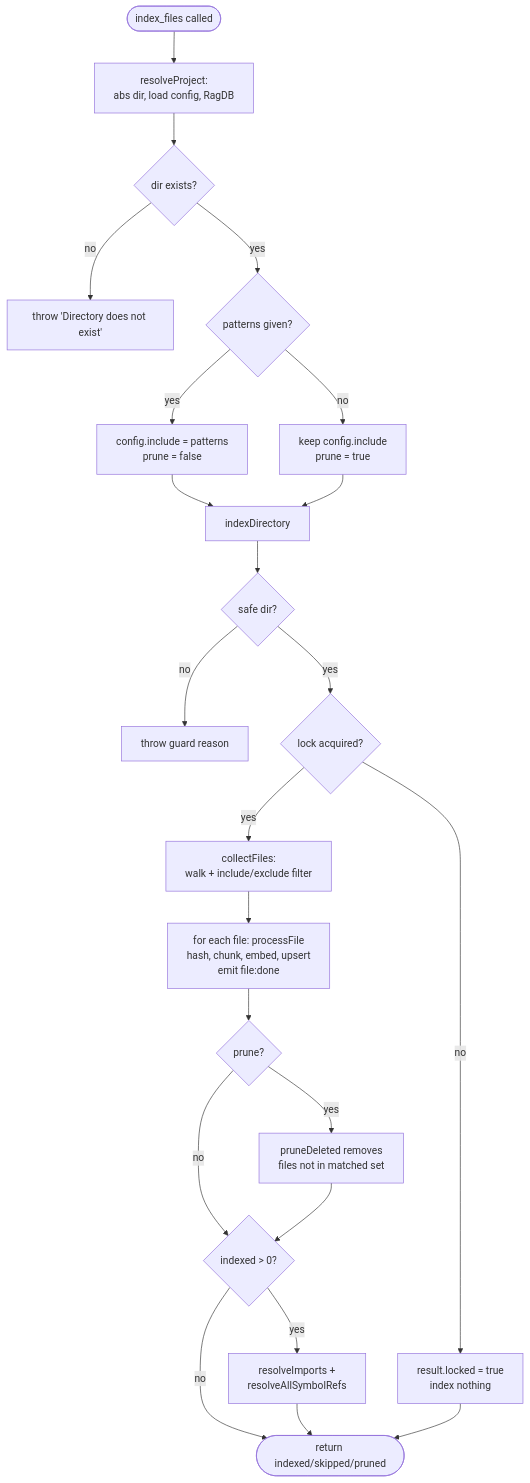
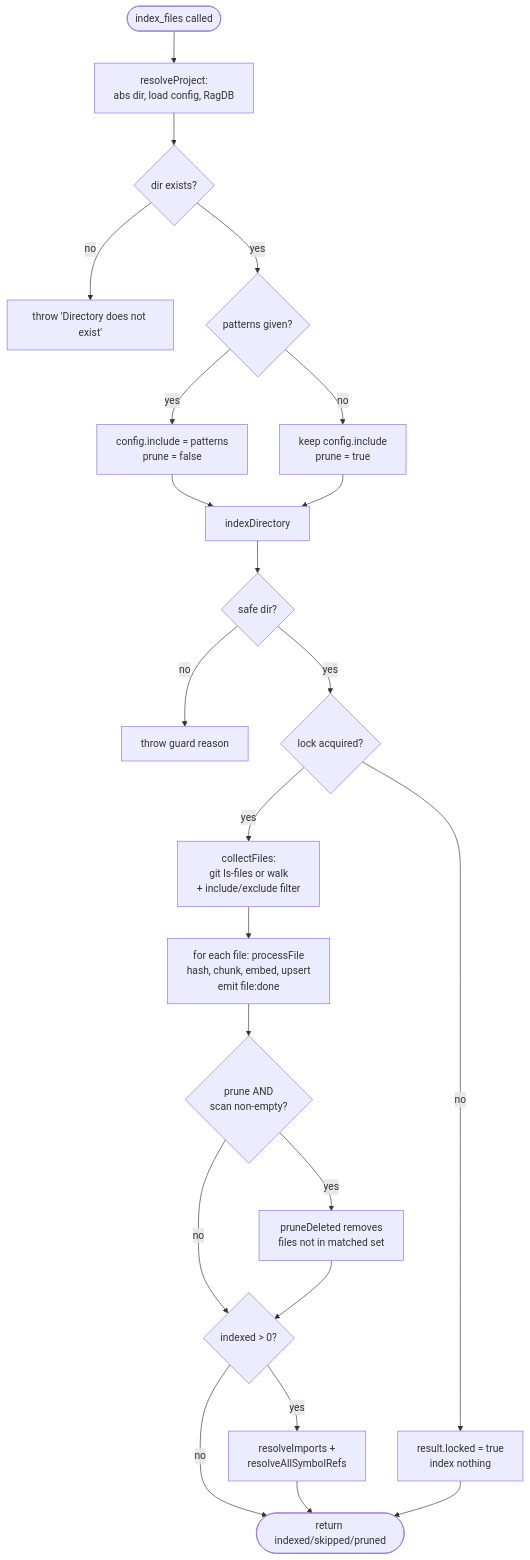
The diagram in wiki/tools/index-files.md (TheWinci/mimirs), drawn with Mermaid before and after one commit. The commit also changed other lines of this file and 51 other files, not shown here.

````diff
--- a/wiki/tools/index-files.md
+++ b/wiki/tools/index-files.md
@@ -14,25 +14,25 @@
 ```mermaid
 flowchart TD
     Start([index_files called]) --> Resolve[resolveProject:<br>abs dir, load config, RagDB]
     Resolve --> Missing{dir exists?}
     Missing -- no --> ErrDir[throw 'Directory does not exist']
     Missing -- yes --> Override{patterns given?}
     Override -- yes --> Scoped[config.include = patterns<br>prune = false]
     Override -- no --> Full[keep config.include<br>prune = true]
     Scoped --> Engine[indexDirectory]
     Full --> Engine
     Engine --> Guard{safe dir?}
     Guard -- no --> ErrGuard[throw guard reason]
     Guard -- yes --> Lock{lock acquired?}
     Lock -- no --> Locked[result.locked = true<br>index nothing]
-    Lock -- yes --> Scan[collectFiles:<br>walk + include/exclude filter]
+    Lock -- yes --> Scan[collectFiles:<br>git ls-files or walk<br>+ include/exclude filter]
     Scan --> Loop[for each file: processFile<br>hash, chunk, embed, upsert<br>emit file:done]
-    Loop --> Prune{prune?}
+    Loop --> Prune{prune AND<br>scan non-empty?}
     Prune -- yes --> Pruned[pruneDeleted removes<br>files not in matched set]
     Prune -- no --> Resolve2
     Pruned --> Resolve2{indexed > 0?}
-    Resolve2 -- yes --> Graph[resolveImports +<br>resolveAllSymbolRefs]
+    Resolve2 -- yes --> GraphStep[resolveImports +<br>resolveAllSymbolRefs]
     Resolve2 -- no --> Done
-    Graph --> Done([return indexed/skipped/pruned])
+    GraphStep --> Done([return indexed/skipped/pruned])
     Locked --> Done
 ```
````
